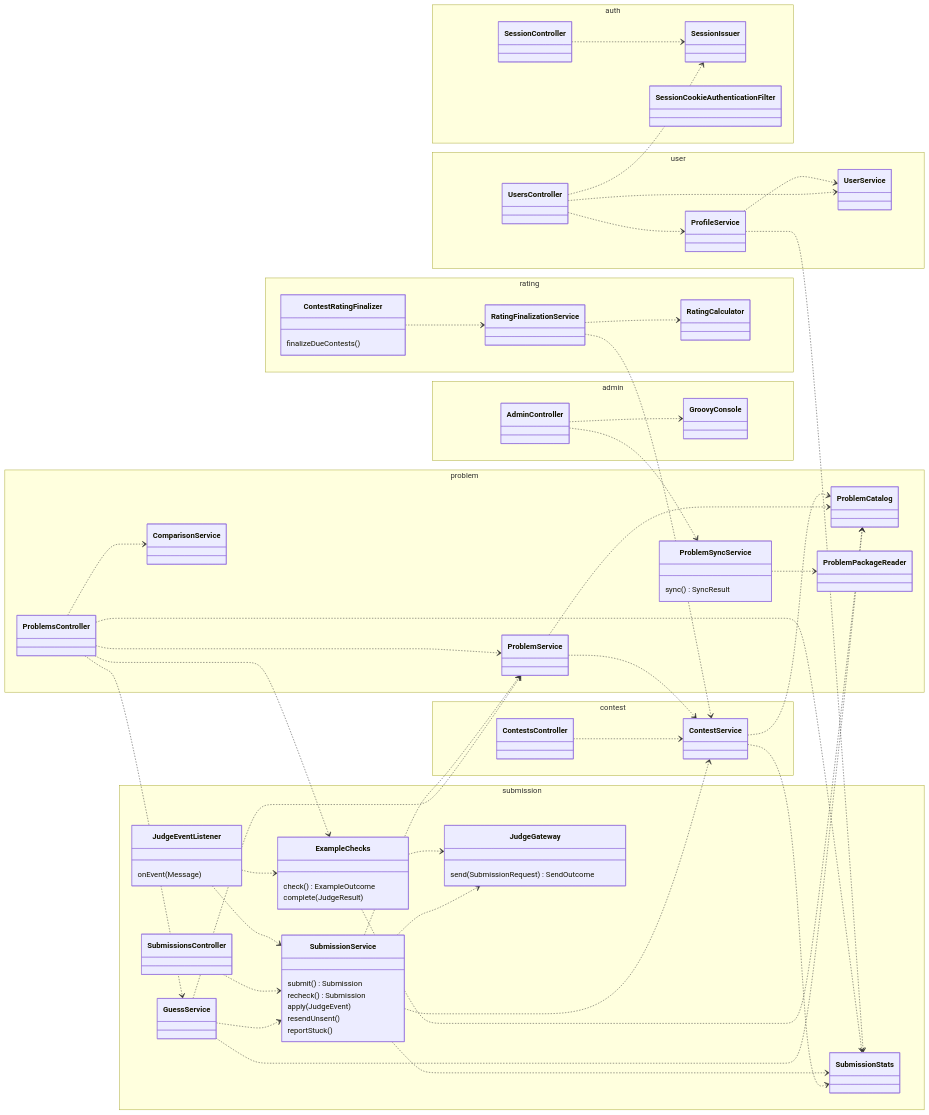
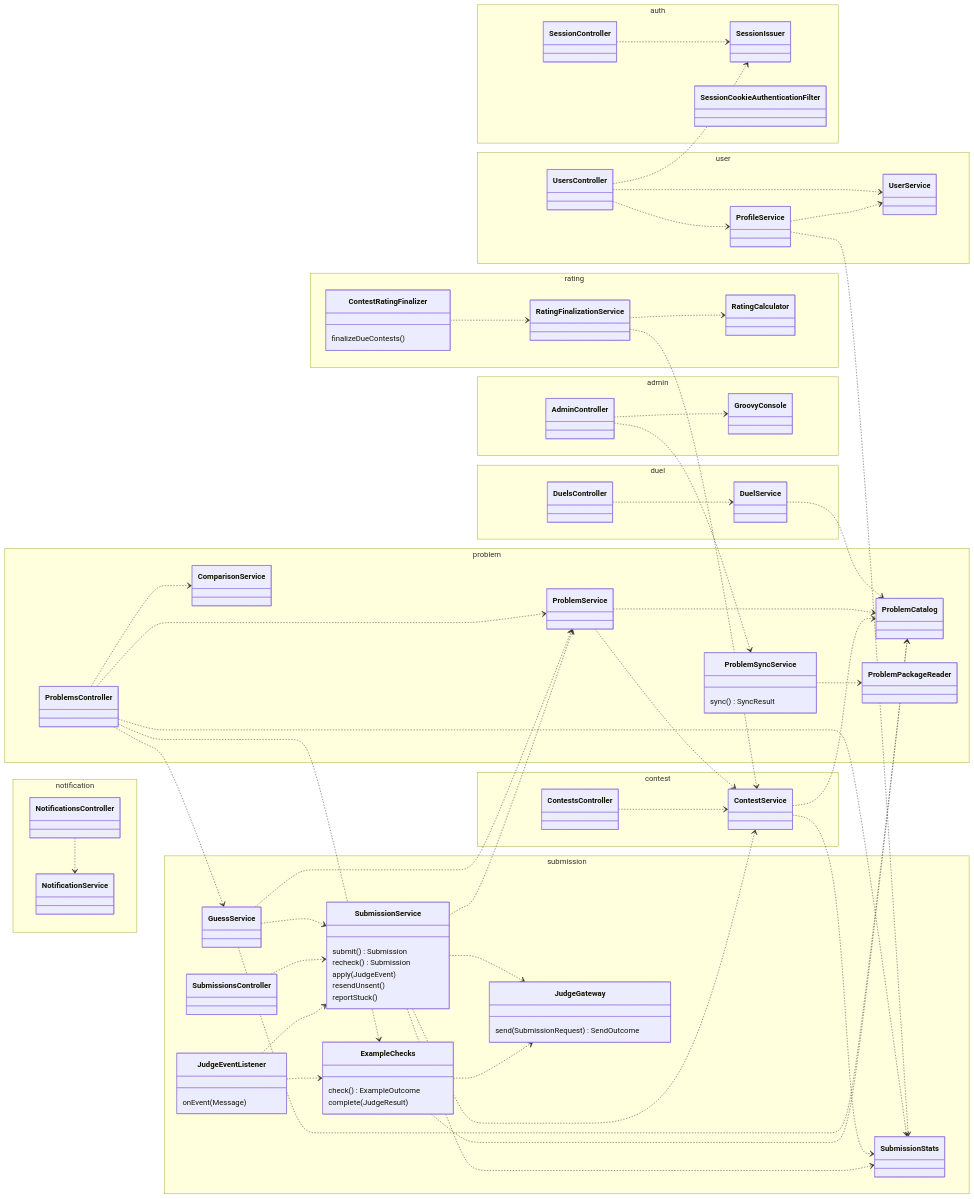
One commit to lottery7/GpuCodeforces changed the seventh of 8 diagrams in docs/architecture.md. Above: the diagram before and after it, drawn with Mermaid. The commit also changed other lines of this file and 64 other files, not shown here.

```diff
--- a/docs/architecture.md
+++ b/docs/architecture.md
@@ -240,6 +287,14 @@
   namespace contest {
     class ContestsController
     class ContestService
+  }
+  namespace duel {
+    class DuelsController
+    class DuelService
+  }
+  namespace notification {
+    class NotificationsController
+    class NotificationService
   }
   namespace submission {
     class GuessService
@@ -275,6 +330,9 @@
     class GroovyConsole
   }
   SessionController ..> SessionIssuer
+  DuelsController ..> DuelService
+  NotificationsController ..> NotificationService
+  DuelService ..> ProblemCatalog
   UsersController ..> UserService
   UsersController ..> ProfileService
   UsersController ..> SessionIssuer
```
